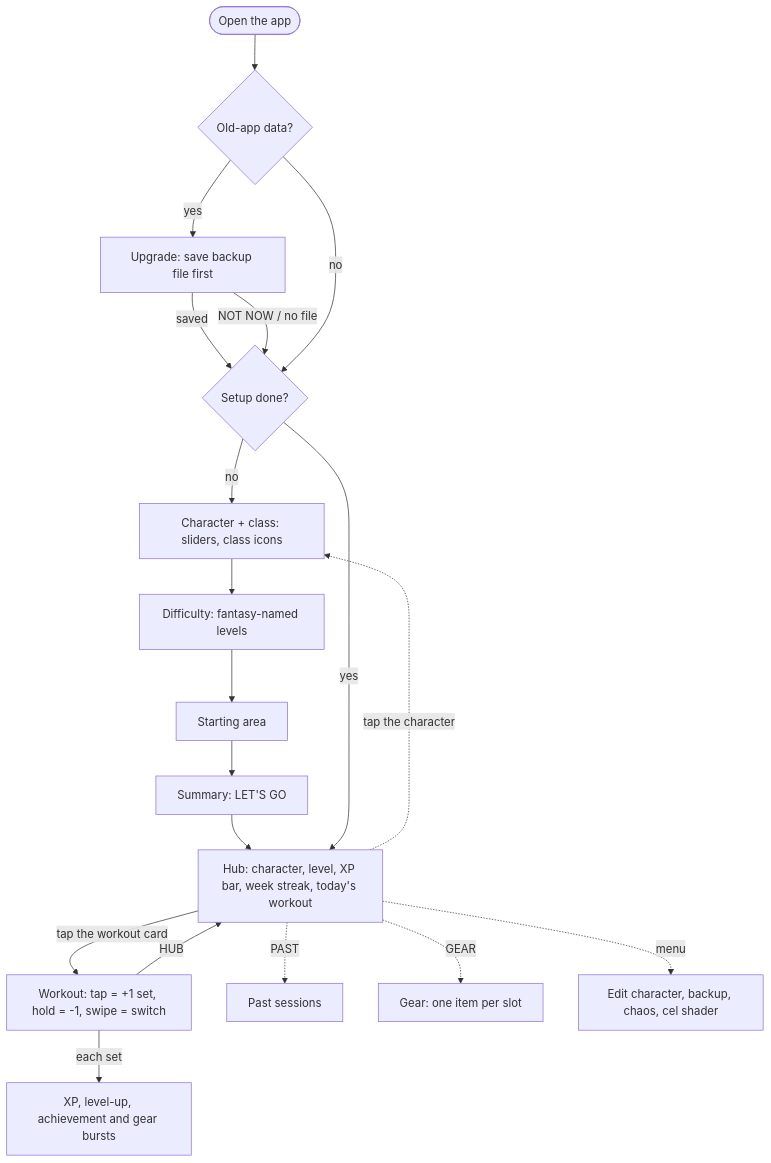
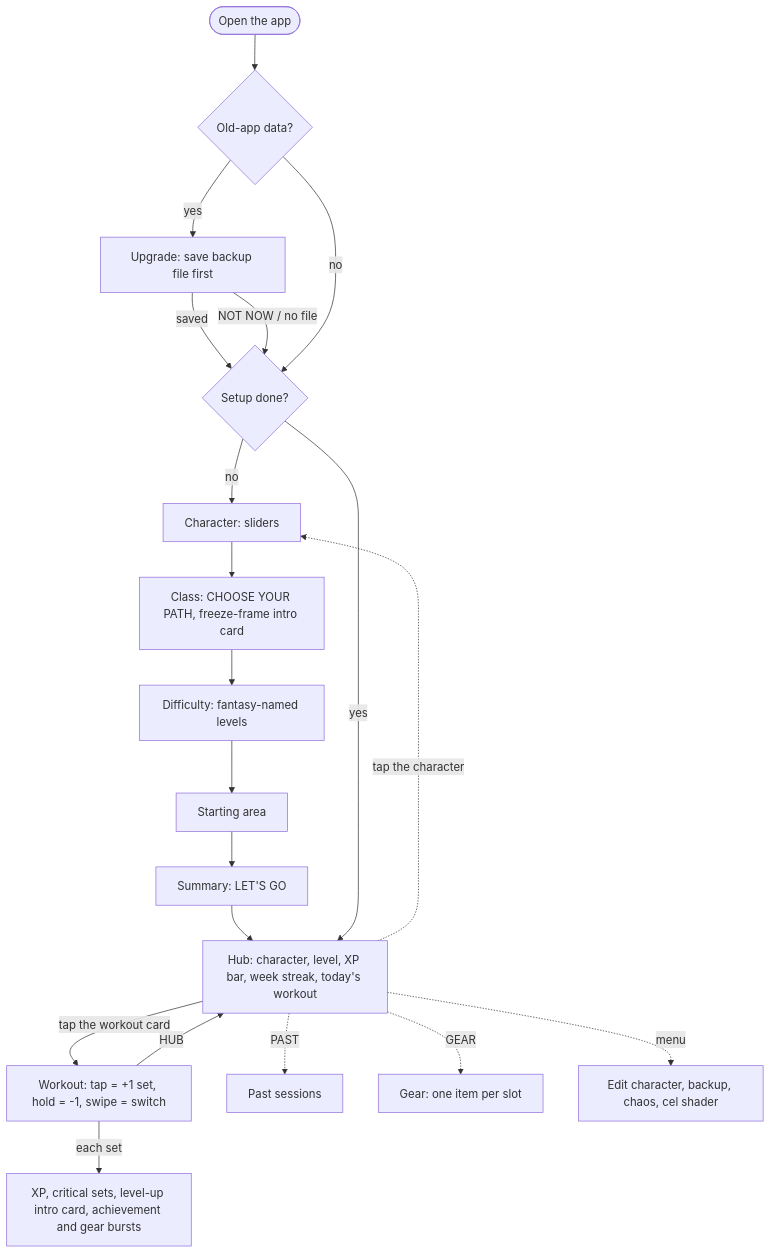
The diagram in docs/app-flow.md (alex-antohi/pumplex), drawn with Mermaid before and after one commit. The commit also changed other lines of this file and 10 other files, not shown here.

First line of the commit message:
Rules table XP, class select (CHOOSE YOUR PATH) and freeze-frame intro card

````diff
--- a/docs/app-flow.md
+++ b/docs/app-flow.md
@@ -24,23 +24,24 @@
 ```mermaid
 flowchart TD
     launch([Open the app]) --> old{Old-app data?}
     old -- yes --> migrate[Upgrade: save backup file first]
     migrate -- saved --> setupDone
     migrate -- NOT NOW / no file --> setupDone
     old -- no --> setupDone{Setup done?}
-    setupDone -- no --> char[Character + class: sliders, class icons]
-    char --> diff[Difficulty: fantasy-named levels]
+    setupDone -- no --> char[Character: sliders]
+    char --> cls[Class: CHOOSE YOUR PATH, freeze-frame intro card]
+    cls --> diff[Difficulty: fantasy-named levels]
     diff --> area[Starting area]
     area --> summary[Summary: LET'S GO]
     summary --> hub
     setupDone -- yes --> hub[Hub: character, level, XP bar, week streak, today's workout]
 
     hub -- tap the workout card --> work[Workout: tap = +1 set, hold = -1, swipe = switch]
-    work -- each set --> xp[XP, level-up, achievement and gear bursts]
+    work -- each set --> xp[XP, critical sets, level-up intro card, achievement and gear bursts]
     work -- HUB --> hub
 
     hub -. PAST .-> history[Past sessions]
     hub -. GEAR .-> gear[Gear: one item per slot]
     hub -. tap the character .-> char
     hub -. menu .-> menu[Edit character, backup, chaos, cel shader]
 ```
````
